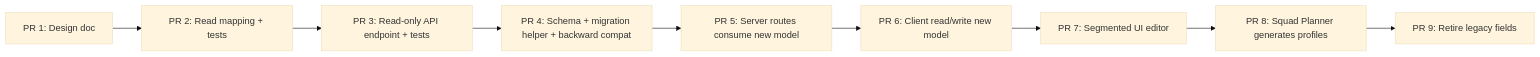
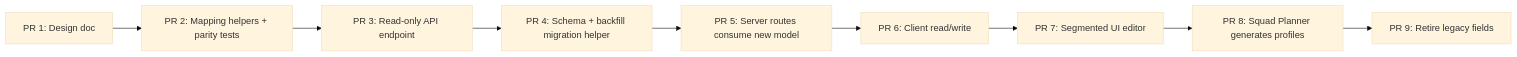
Before and after one commit to NickMonrad/monrad-estimator: the diagram in docs/domain/capacity-profile-data-model-plan.md, drawn with Mermaid (base theme). The commit also changed other lines of this file, not shown here.

Commit message:
docs: tighten rollout sequence, add schema-safety note

````diff
--- a/docs/domain/capacity-profile-data-model-plan.md
+++ b/docs/domain/capacity-profile-data-model-plan.md
@@ -346,11 +358,11 @@
 ```mermaid
 graph LR
-    A[PR 1: Design doc] --> B[PR 2: Read mapping + tests]
-    B --> C[PR 3: Read-only API endpoint + tests]
-    C --> D[PR 4: Schema + migration helper + backward compat]
+    A[PR 1: Design doc] --> B[PR 2: Mapping helpers + parity tests]
+    B --> C[PR 3: Read-only API endpoint]
+    C --> D[PR 4: Schema + backfill migration helper]
     D --> E[PR 5: Server routes consume new model]
-    E --> F[PR 6: Client read/write new model]
+    E --> F[PR 6: Client read/write]
     F --> G[PR 7: Segmented UI editor]
     G --> H[PR 8: Squad Planner generates profiles]
     H --> I[PR 9: Retire legacy fields]
 ```
````
